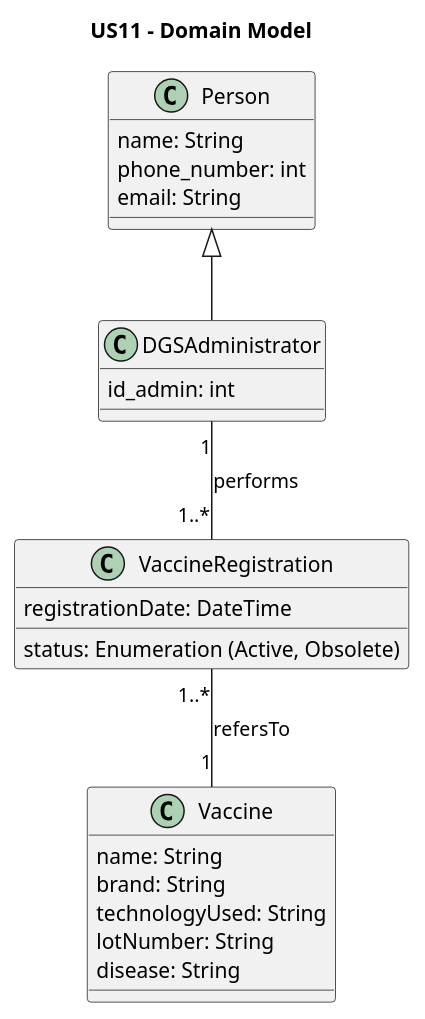
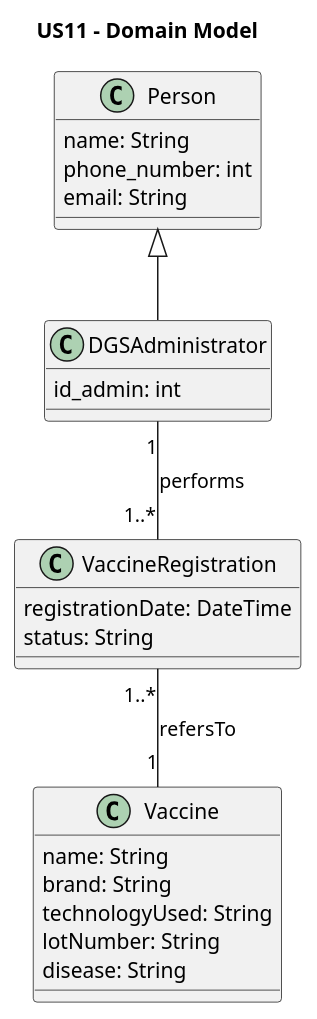
One commit to pedroguilherme-web/leti-esoft-25-26-A1 changed the diagram in docs/system-documentation/US11/puml/US11-DM.puml. Above: the diagram before and after it, drawn with PlantUML. The commit also changed 3 other files, not shown here.

```diff
--- a/docs/system-documentation/US11/puml/US11-DM.puml
+++ b/docs/system-documentation/US11/puml/US11-DM.puml
@@ -1,33 +1,33 @@
 @startuml
 'https://plantuml.com/class-diagram
 
 title US11 - Domain Model
 
 class Person {
     name: String
     phone_number: int
     email: String
 }
 
 class DGSAdministrator {
     id_admin: int
 }
 
 class Vaccine {
     name: String
     brand: String
     technologyUsed: String
     lotNumber: String
     disease: String
 }
 
 class VaccineRegistration {
     registrationDate: DateTime
-    status: Enumeration (Active, Obsolete)
+    status: String
 }
 
 Person <|-- DGSAdministrator
 DGSAdministrator "1" -- "1..*" VaccineRegistration : performs
 VaccineRegistration "1..*" -- "1" Vaccine : refersTo
 
 @enduml
```
